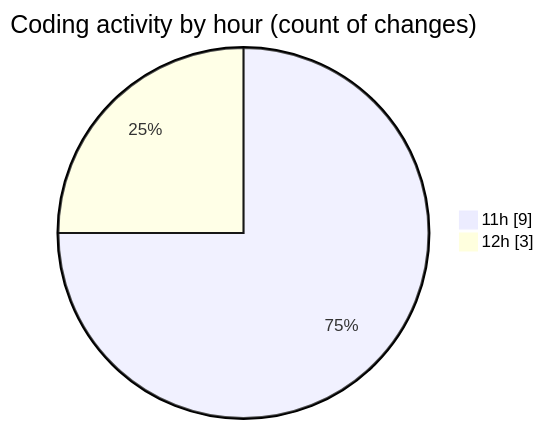
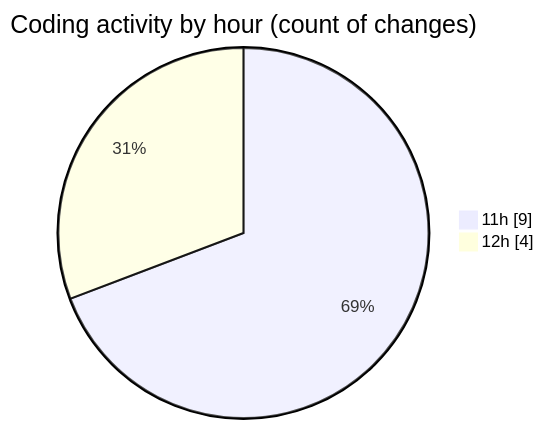
One commit to ricardozamudiocil/code-tracking changed the second of 2 diagrams in 2026-03-24/cilapp/README.md. Above: the diagram before and after it, drawn with Mermaid. The commit also changed other lines of this file and 1 other file, not shown here.

````diff
--- a/2026-03-24/cilapp/README.md
+++ b/2026-03-24/cilapp/README.md
@@ -34,6 +36,6 @@
 ```mermaid
 pie showData
 title Coding activity by hour (count of changes)
 "11h" : 9
-"12h" : 3
+"12h" : 4
 ```
````
